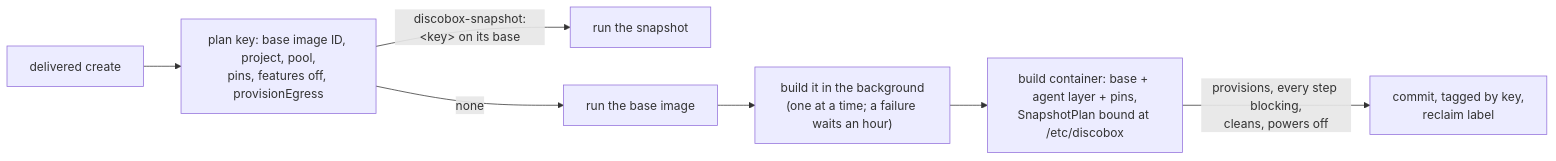
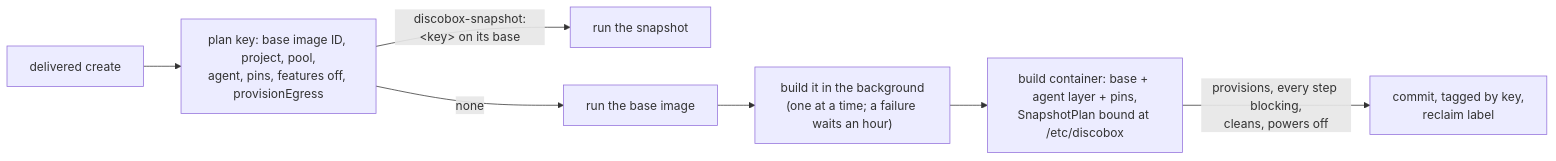
One commit to discobox-ai/discobox changed the seventh of 12 diagrams in pool-agent/DESIGN.md. Above: the diagram before and after it, drawn with Mermaid. The commit also changed other lines of this file and 79 other files, not shown here.

First line of the commit message:
feat: the agent is a bundle of its own, and a box's pins are an ordered list everywhere

````diff
--- a/pool-agent/DESIGN.md
+++ b/pool-agent/DESIGN.md
@@ -1263,8 +1274,8 @@
 ```mermaid
 flowchart LR
-  create["delivered create"] --> key["plan key: base image ID, project, pool,<br/>pins, features off, provisionEgress"]
+  create["delivered create"] --> key["plan key: base image ID, project, pool,<br/>agent, pins, features off, provisionEgress"]
   key -->|"discobox-snapshot:&lt;key&gt; on its base"| snap["run the snapshot"]
   key -->|"none"| base["run the base image"] --> ask["build it in the background<br/>(one at a time; a failure waits an hour)"]
   ask --> build["build container: base + agent layer + pins,<br/>SnapshotPlan bound at /etc/discobox"]
   build -->|"provisions, every step blocking,<br/>cleans, powers off"| commit["commit, tagged by key,<br/>reclaim label"]
 ```
````
